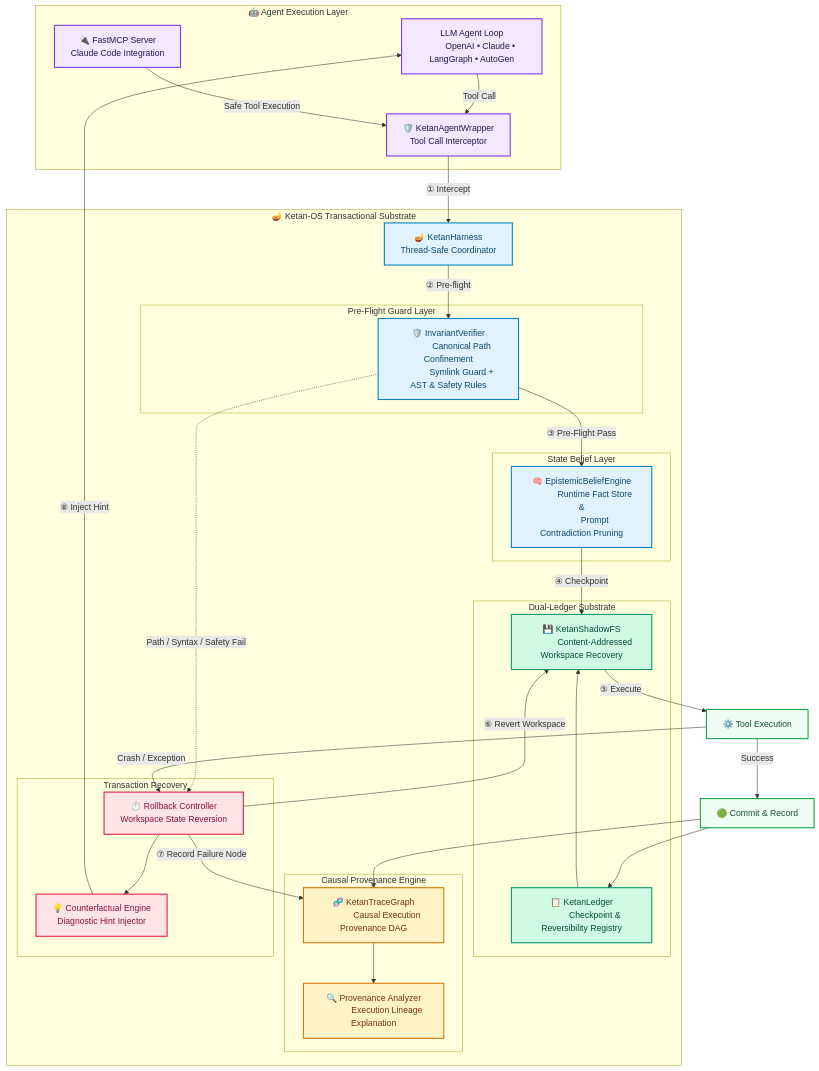
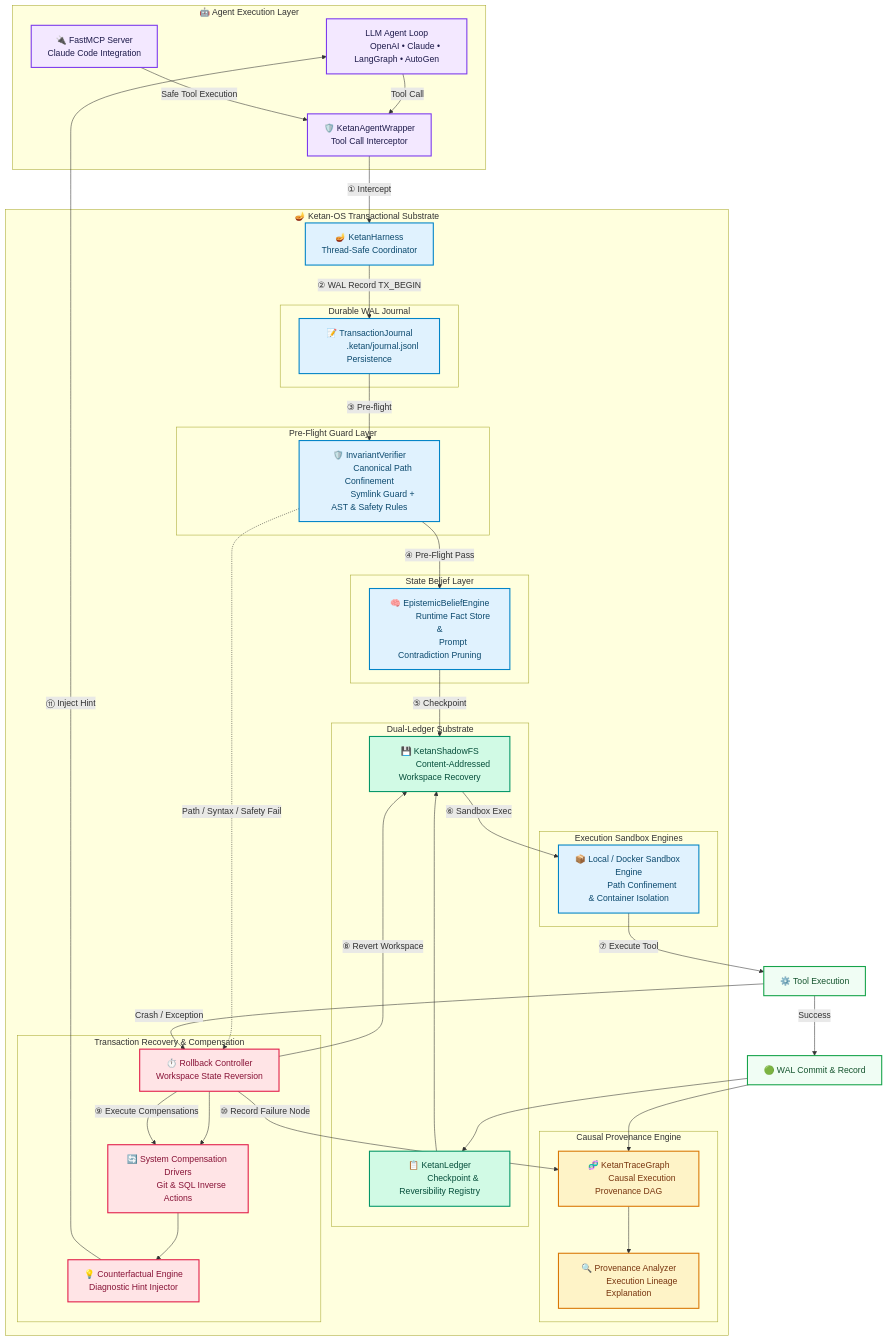
Before and after one commit to umang-algo/ketan-os: the diagram in README.md, drawn with Mermaid. The commit also changed other lines of this file, not shown here.

Commit message:
docs: update Mermaid architecture diagram to include WAL Journal, Sandboxes, and System Compensation Drivers

````diff
--- a/README.md
+++ b/README.md
@@ -81,10 +81,20 @@
         Harness["🪔 KetanHarness
         Thread-Safe Coordinator"]
 
+        subgraph WALJournal [" Durable WAL Journal "]
+            Journal["📝 TransactionJournal
+            .ketan/journal.jsonl Persistence"]
+        end
+
         subgraph PreFlight [" Pre-Flight Guard Layer "]
             Verifier["🛡️ InvariantVerifier
             Canonical Path Confinement
             Symlink Guard + AST & Safety Rules"]
+        end
+
+        subgraph Sandboxes [" Execution Sandbox Engines "]
+            Sandbox["📦 Local / Docker Sandbox Engine
+            Path Confinement & Container Isolation"]
         end
 
         subgraph StorageLedger [" Dual-Ledger Substrate "]
@@ -109,31 +119,37 @@
             CTG --> RCA
         end
 
-        subgraph TimeTravel [" Transaction Recovery "]
+        subgraph TimeTravel [" Transaction Recovery & Compensation "]
             Rollback["⏱️ Rollback Controller
             Workspace State Reversion"]
+            CompDrivers["🔄 System Compensation Drivers
+            Git & SQL Inverse Actions"]
             Counterfactual["💡 Counterfactual Engine
             Diagnostic Hint Injector"]
-            Rollback --> Counterfactual
+            Rollback --> CompDrivers
+            CompDrivers --> Counterfactual
         end
     end
 
     Wrapper -->|"① Intercept"| Harness
-    Harness -->|"② Pre-flight"| Verifier
-    Verifier -->|"③ Pre-Flight Pass"| Epistemic
-    Epistemic -->|"④ Checkpoint"| ShadowFS
-    ShadowFS -->|"⑤ Execute"| Execution["⚙️ Tool Execution"]
+    Harness -->|"② WAL Record TX_BEGIN"| Journal
+    Journal -->|"③ Pre-flight"| Verifier
+    Verifier -->|"④ Pre-Flight Pass"| Epistemic
+    Epistemic -->|"⑤ Checkpoint"| ShadowFS
+    ShadowFS -->|"⑥ Sandbox Exec"| Sandbox
+    Sandbox -->|"⑦ Execute Tool"| Execution["⚙️ Tool Execution"]
 
     Verifier -.->|Path / Syntax / Safety Fail| Rollback
     Execution -->|Crash / Exception| Rollback
 
-    Execution -->|Success| Commit["🟢 Commit & Record"]
+    Execution -->|Success| Commit["🟢 WAL Commit & Record"]
     Commit --> CTG
     Commit --> Ledger
 
-    Rollback -->|"⑥ Revert Workspace"| ShadowFS
-    Rollback -->|"⑦ Record Failure Node"| CTG
-    Counterfactual -->|"⑧ Inject Hint"| LLM
+    Rollback -->|"⑧ Revert Workspace"| ShadowFS
+    Rollback -->|"⑨ Execute Compensations"| CompDrivers
+    Rollback -->|"⑩ Record Failure Node"| CTG
+    Counterfactual -->|"⑪ Inject Hint"| LLM
 
     classDef agent    fill:#f3e8ff,stroke:#7c3aed,stroke-width:2px,color:#1e1b4b
     classDef core     fill:#e0f2fe,stroke:#0284c7,stroke-width:2px,color:#0c4a6e
@@ -143,9 +159,9 @@
     classDef exec     fill:#f0fdf4,stroke:#16a34a,stroke-width:2px,color:#14532d
 
     class LLM,Wrapper,MCP agent
-    class Harness,Verifier,Epistemic core
+    class Harness,Verifier,Epistemic,Journal,Sandbox core
     class Ledger,ShadowFS storage
-    class Rollback,Counterfactual rollback
+    class Rollback,CompDrivers,Counterfactual rollback
     class CTG,RCA ctg
     class Execution,Commit exec
 ```
````
